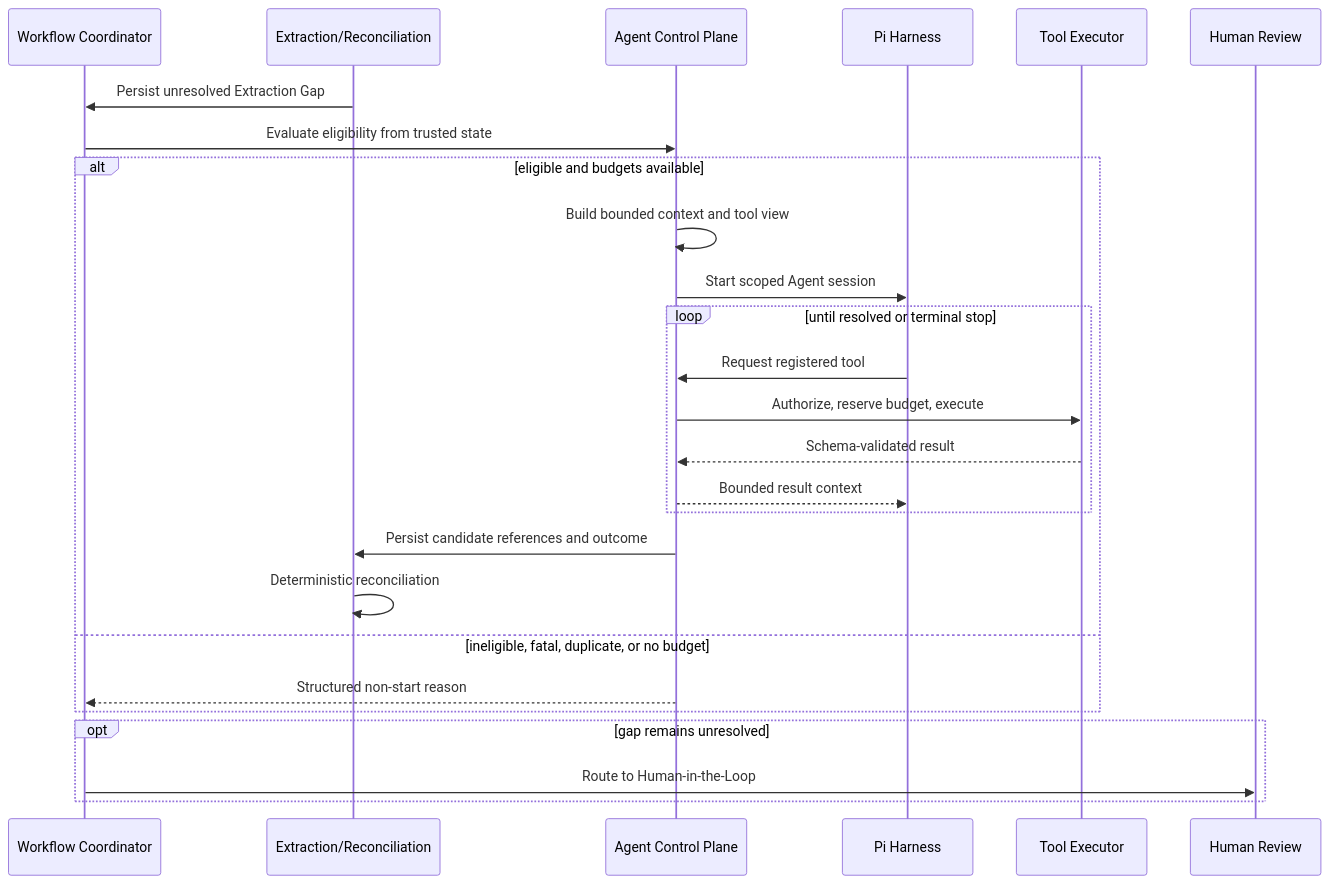
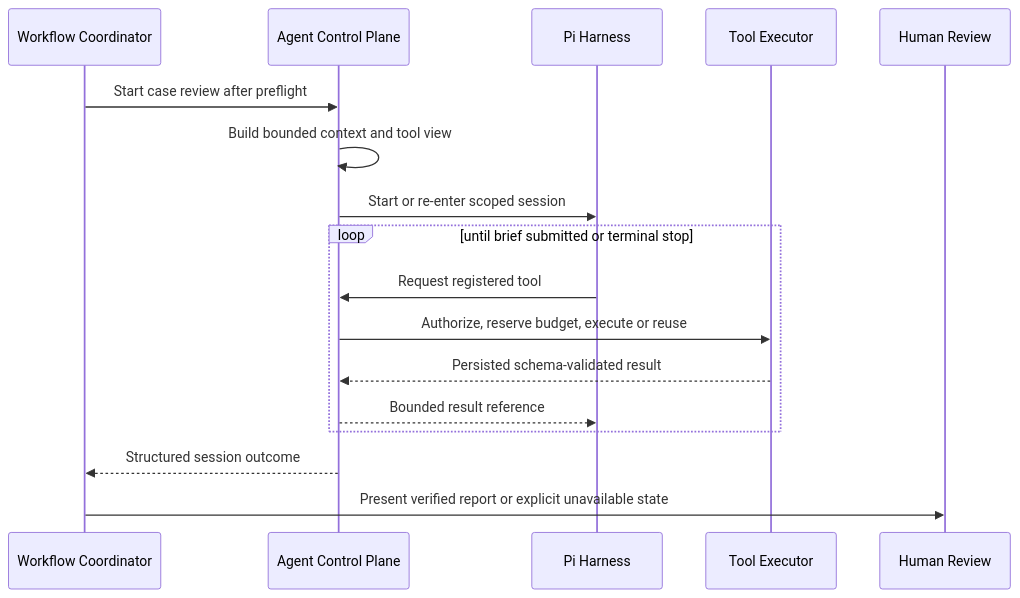
One commit to skang10/fin-processing-agent changed the second of 4 diagrams in specs/components/ADAPTIVE_EXTRACTION_AGENT.md. Above: the diagram before and after it, drawn with Mermaid. The commit also changed other lines of this file and 2 other files, not shown here.

Commit message:
docs: approve agent-led case review contract

````diff
--- a/specs/components/ADAPTIVE_EXTRACTION_AGENT.md
+++ b/specs/components/ADAPTIVE_EXTRACTION_AGENT.md
@@ -78,29 +73,20 @@
 ```mermaid
 sequenceDiagram
     participant W as Workflow Coordinator
-    participant E as Extraction/Reconciliation
     participant C as Agent Control Plane
     participant P as Pi Harness
     participant T as Tool Executor
     participant H as Human Review
 
-    E->>W: Persist unresolved Extraction Gap
-    W->>C: Evaluate eligibility from trusted state
-    alt eligible and budgets available
-        C->>C: Build bounded context and tool view
-        C->>P: Start scoped Agent session
-        loop until resolved or terminal stop
-            P->>C: Request registered tool
-            C->>T: Authorize, reserve budget, execute
-            T-->>C: Schema-validated result
-            C-->>P: Bounded result context
-        end
-        C->>E: Persist candidate references and outcome
-        E->>E: Deterministic reconciliation
-    else ineligible, fatal, duplicate, or no budget
-        C-->>W: Structured non-start reason
+    W->>C: Start case review after preflight
+    C->>C: Build bounded context and tool view
+    C->>P: Start or re-enter scoped session
+    loop until brief submitted or terminal stop
+        P->>C: Request registered tool
+        C->>T: Authorize, reserve budget, execute or reuse
+        T-->>C: Persisted schema-validated result
+        C-->>P: Bounded result reference
     end
-    opt gap remains unresolved
-        W->>H: Route to Human-in-the-Loop
-    end
+    C-->>W: Structured session outcome
+    W->>H: Present verified report or explicit unavailable state
 ```
````
